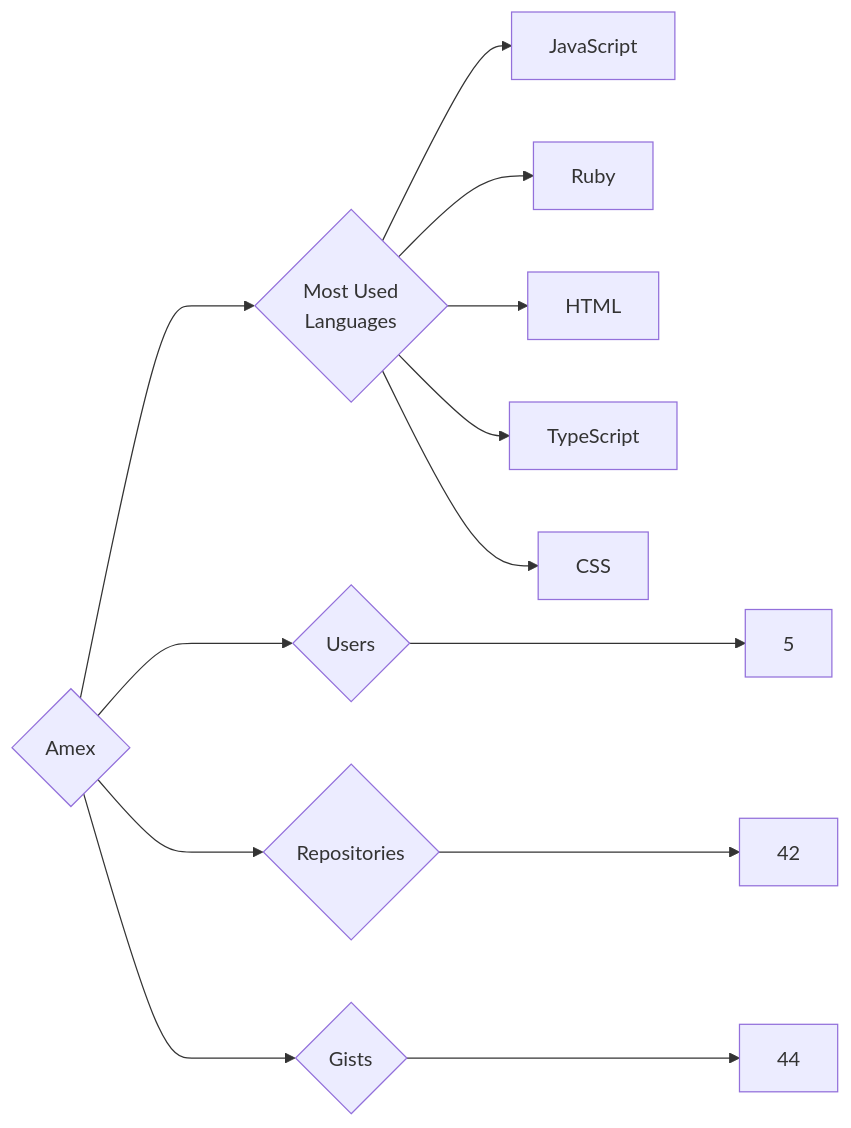
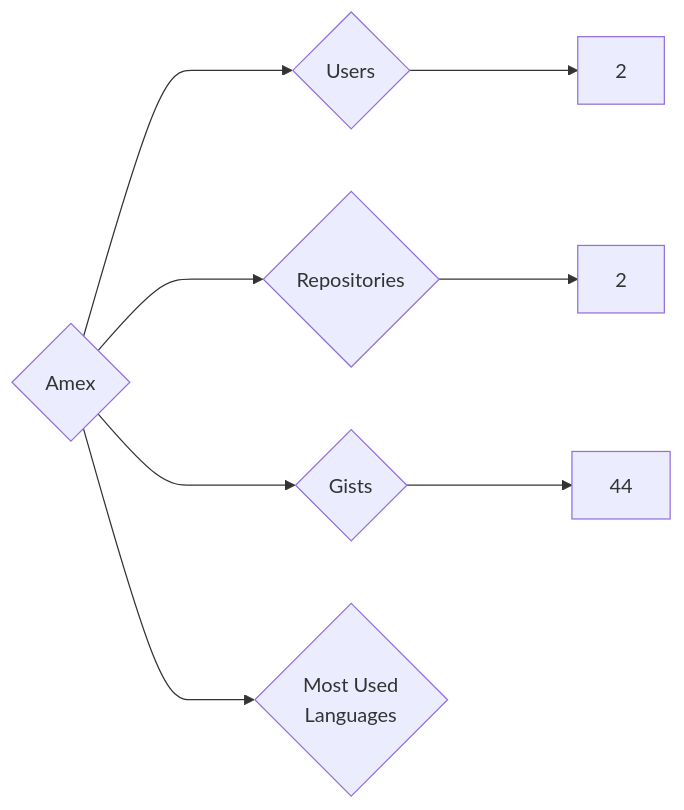
The diagram in targets/Amex/README.md (trickest/insiders), drawn with Mermaid before and after one commit. The commit also changed 938 other files, not shown here.

````diff
--- a/targets/Amex/README.md
+++ b/targets/Amex/README.md
@@ -3,13 +3,8 @@
 ```mermaid
 graph LR
 COMPANY_NAME{Amex}
-COMPANY_NAME ---> U{Users} ---> UN[5]
-COMPANY_NAME ---> R{Repositories} ---> RN[42]
+COMPANY_NAME ---> U{Users} ---> UN[2]
+COMPANY_NAME ---> R{Repositories} ---> RN[2]
 COMPANY_NAME ---> G{Gists} ---> GN[44]
 COMPANY_NAME ---> ML{Most Used<br>Languages}
-ML --> JavaScript[JavaScript]
-ML --> Ruby[Ruby]
-ML --> HTML[HTML]
-ML --> TypeScript[TypeScript]
-ML --> CSS[CSS]
 ```
````
